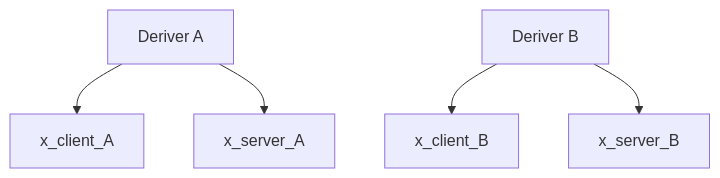
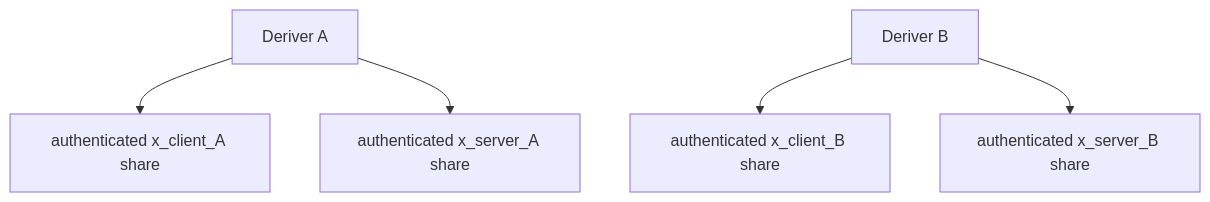
The tenth of 22 diagrams in docs/router-a-b-SPEC.md (seams-tech/seams-sdk), drawn with Mermaid before and after one commit. The commit also changed other lines of this file and 48 other files, not shown here.

````diff
--- a/docs/router-a-b-SPEC.md
+++ b/docs/router-a-b-SPEC.md
@@ -576,7 +580,7 @@
 ```mermaid
 flowchart TD
-  A["Deriver A"] --> ACA["x_client_A"]
-  A --> ASA["x_server_A"]
-  B["Deriver B"] --> BCB["x_client_B"]
-  B --> BSB["x_server_B"]
+  A["Deriver A"] --> ACA["authenticated x_client_A share"]
+  A --> ASA["authenticated x_server_A share"]
+  B["Deriver B"] --> BCB["authenticated x_client_B share"]
+  B --> BSB["authenticated x_server_B share"]
 ```
````
